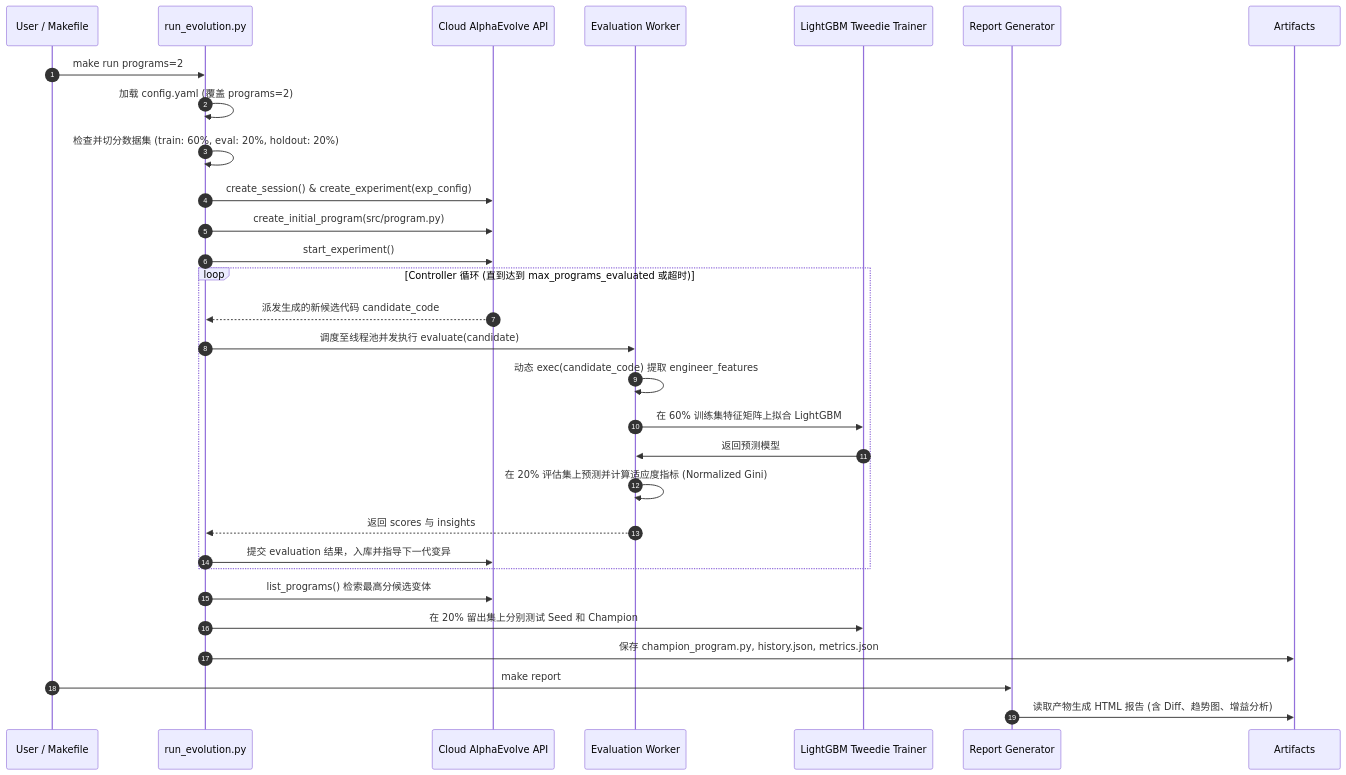
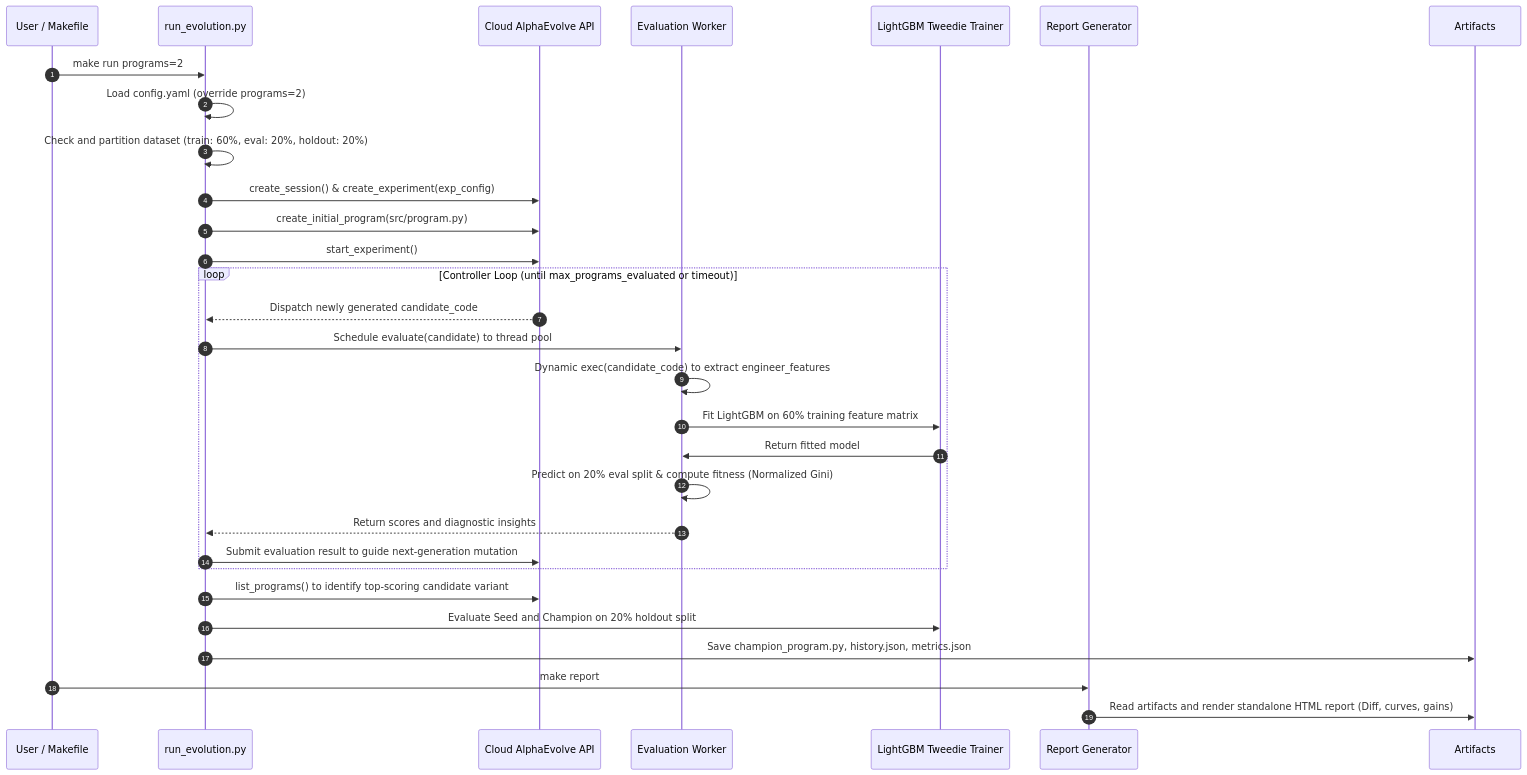
The second of 2 diagrams in DESIGN.md (yanping/AE-optim-LTV-modeling), drawn with Mermaid before and after one commit. The commit also changed other lines of this file and 9 other files, not shown here.

````diff
--- a/DESIGN.md
+++ b/DESIGN.md
@@ -76,34 +82,34 @@
 ```mermaid
 sequenceDiagram
     autonumber
     participant U as User / Makefile
     participant Runner as run_evolution.py
     participant Service as Cloud AlphaEvolve API
     participant Worker as Evaluation Worker
     participant Model as LightGBM Tweedie Trainer
     participant Reporter as Report Generator
 
     U->>Runner: make run programs=2
-    Runner->>Runner: 加载 config.yaml (覆盖 programs=2)
-    Runner->>Runner: 检查并切分数据集 (train: 60%, eval: 20%, holdout: 20%)
+    Runner->>Runner: Load config.yaml (override programs=2)
+    Runner->>Runner: Check and partition dataset (train: 60%, eval: 20%, holdout: 20%)
     Runner->>Service: create_session() & create_experiment(exp_config)
     Runner->>Service: create_initial_program(src/program.py)
     Runner->>Service: start_experiment()
     
-    loop Controller 循环 (直到达到 max_programs_evaluated 或超时)
-        Service-->>Runner: 派发生成的新候选代码 candidate_code
-        Runner->>Worker: 调度至线程池并发执行 evaluate(candidate)
-        Worker->>Worker: 动态 exec(candidate_code) 提取 engineer_features
-        Worker->>Model: 在 60% 训练集特征矩阵上拟合 LightGBM
-        Model->>Worker: 返回预测模型
-        Worker->>Worker: 在 20% 评估集上预测并计算适应度指标 (Normalized Gini)
-        Worker-->>Runner: 返回 scores 与 insights
-        Runner->>Service: 提交 evaluation 结果，入库并指导下一代变异
+    loop Controller Loop (until max_programs_evaluated or timeout)
+        Service-->>Runner: Dispatch newly generated candidate_code
+        Runner->>Worker: Schedule evaluate(candidate) to thread pool
+        Worker->>Worker: Dynamic exec(candidate_code) to extract engineer_features
+        Worker->>Model: Fit LightGBM on 60% training feature matrix
+        Model->>Worker: Return fitted model
+        Worker->>Worker: Predict on 20% eval split & compute fitness (Normalized Gini)
+        Worker-->>Runner: Return scores and diagnostic insights
+        Runner->>Service: Submit evaluation result to guide next-generation mutation
     end
 
-    Runner->>Service: list_programs() 检索最高分候选变体
-    Runner->>Model: 在 20% 留出集上分别测试 Seed 和 Champion
-    Runner->>Artifacts: 保存 champion_program.py, history.json, metrics.json
+    Runner->>Service: list_programs() to identify top-scoring candidate variant
+    Runner->>Model: Evaluate Seed and Champion on 20% holdout split
+    Runner->>Artifacts: Save champion_program.py, history.json, metrics.json
     U->>Reporter: make report
-    Reporter->>Artifacts: 读取产物生成 HTML 报告 (含 Diff、趋势图、增益分析)
+    Reporter->>Artifacts: Read artifacts and render standalone HTML report (Diff, curves, gains)
 ```
````
